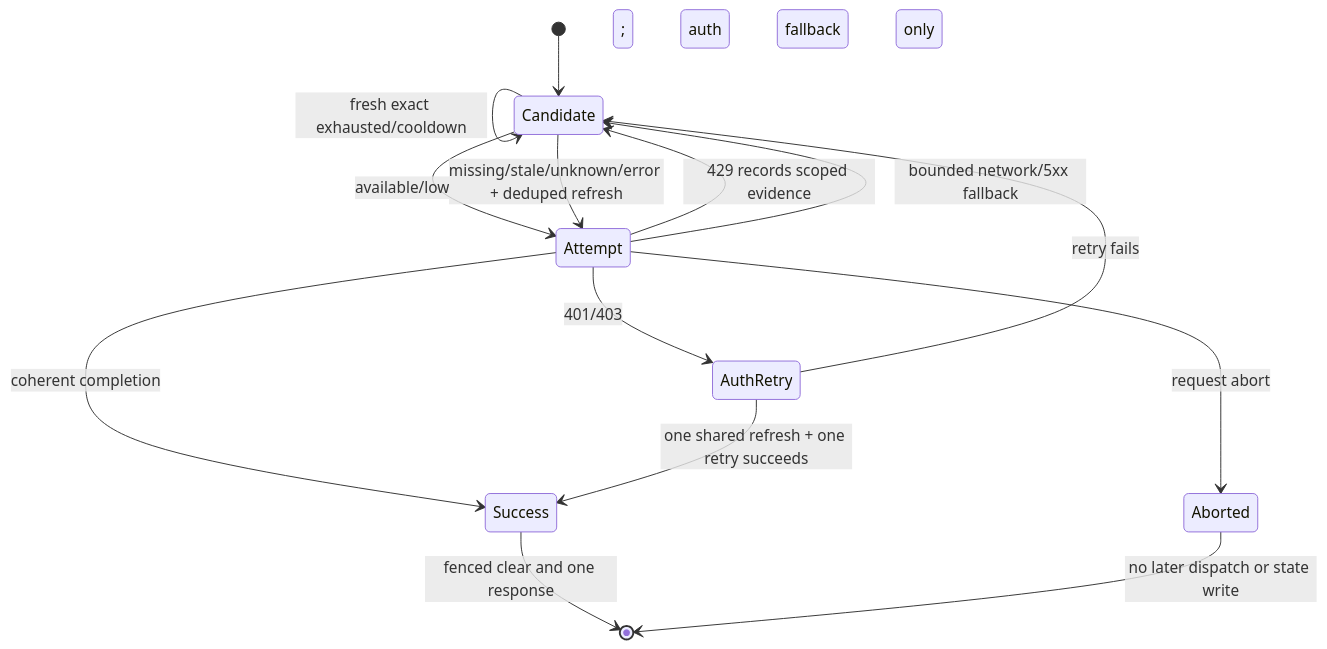
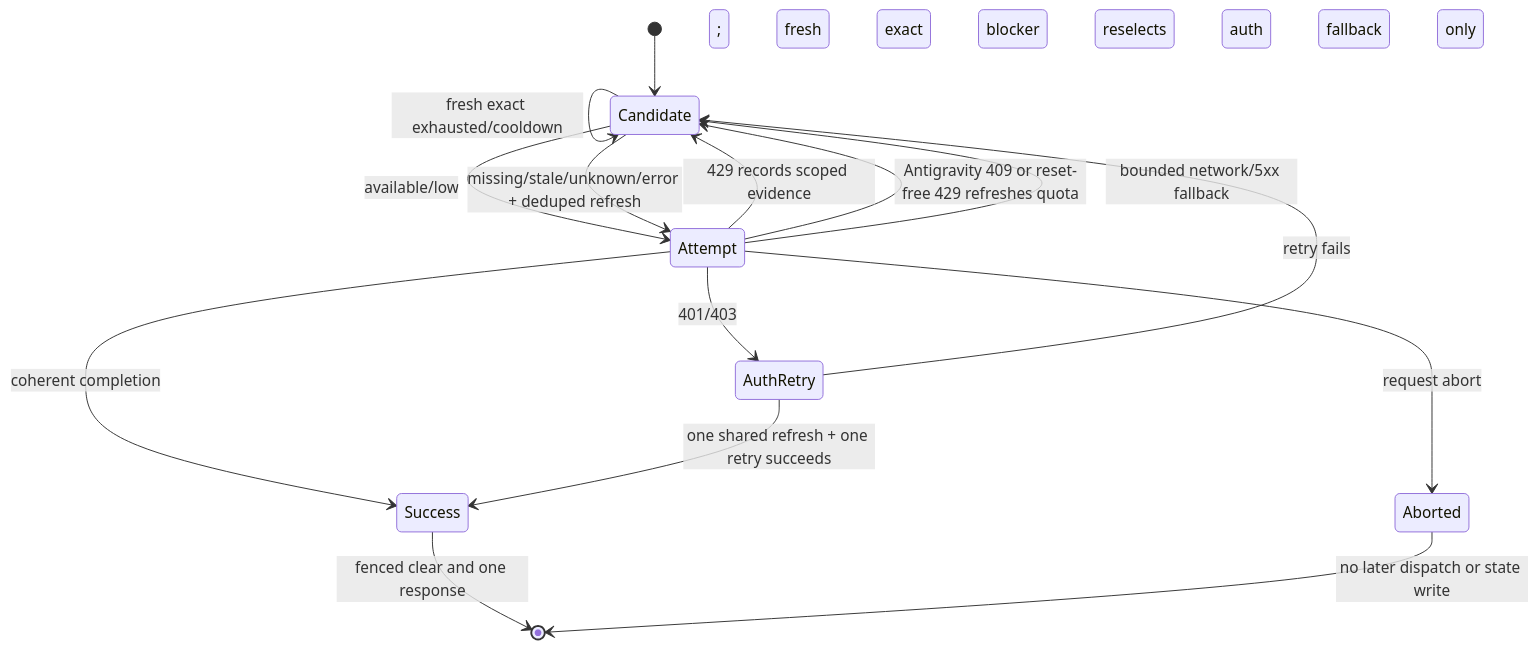
The diagram in docs/features/quota-tracking.md (bloodf/durindoor), drawn with Mermaid before and after one commit. The commit also changed other lines of this file and 3 other files, not shown here.

Commit message:
port(upstream): #3563 - refresh Antigravity quota before fallback

````diff
--- a/docs/features/quota-tracking.md
+++ b/docs/features/quota-tracking.md
@@ -120,17 +120,18 @@
 ```mermaid
 stateDiagram-v2
   [*] --> Candidate
   Candidate --> Candidate: excluded or active legacy lock
   Candidate --> Candidate: fresh exact exhausted/cooldown
   Candidate --> Attempt: available/low
   Candidate --> Attempt: missing/stale/unknown/error + deduped refresh
   Attempt --> Success: coherent completion
   Attempt --> Candidate: 429 records scoped evidence
+  Attempt --> Candidate: Antigravity 409 or reset-free 429 refreshes quota; fresh exact blocker reselects
   Attempt --> AuthRetry: 401/403
   AuthRetry --> Success: one shared refresh + one retry succeeds
   AuthRetry --> Candidate: retry fails; auth fallback only
   Attempt --> Candidate: bounded network/5xx fallback
   Attempt --> Aborted: request abort
   Success --> [*]: fenced clear and one response
   Aborted --> [*]: no later dispatch or state write
 ```
````
